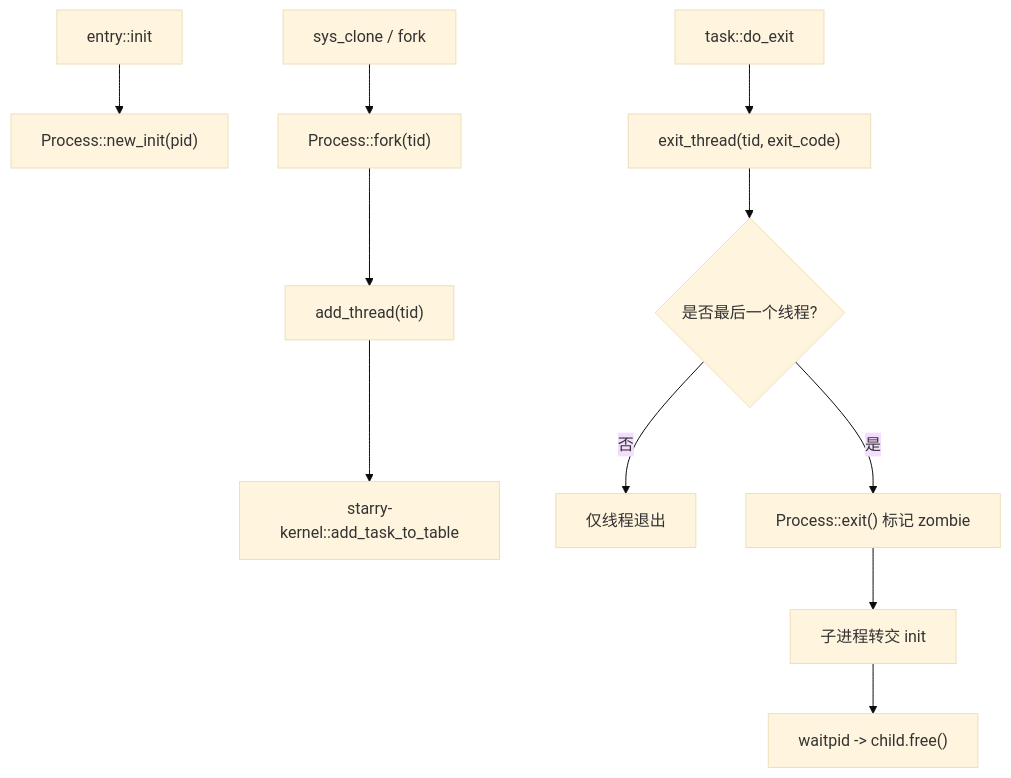
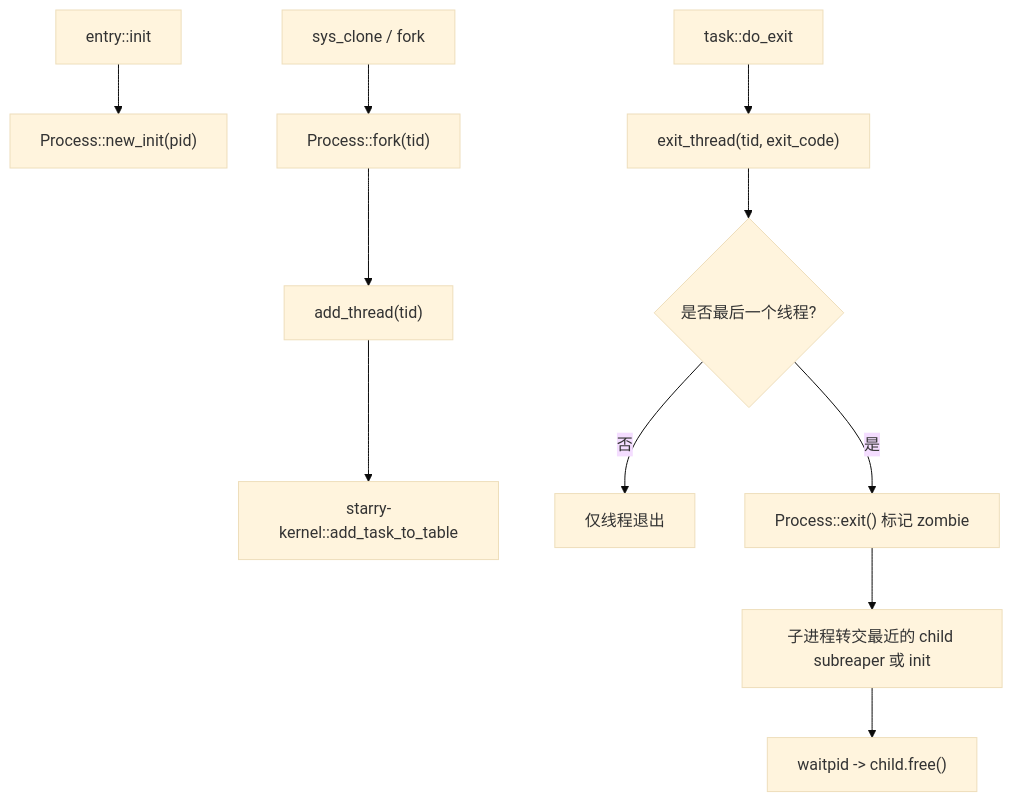
Before and after one commit to rcore-os/tgoskits: the second of 3 diagrams in docs/docs/components/crates/starry-process.md, drawn with Mermaid (base theme). The commit also changed other lines of this file and 7 other files, not shown here.

Commit message:
feat(starry-kernel): implement child subreaper

````diff
--- a/docs/docs/components/crates/starry-process.md
+++ b/docs/docs/components/crates/starry-process.md
@@ -49,13 +49,13 @@
 ```mermaid
 flowchart TD
     Init["entry::init"] --> NewInit["Process::new_init(pid)"]
     Clone["sys_clone / fork"] --> Fork["Process::fork(tid)"]
     Fork --> AddThread["add_thread(tid)"]
     AddThread --> Tables["starry-kernel::add_task_to_table"]
     Exit["task::do_exit"] --> ExitThread["exit_thread(tid, exit_code)"]
     ExitThread --> Last{"是否最后一个线程?"}
     Last -- 否 --> Return["仅线程退出"]
     Last -- 是 --> Zombie["Process::exit() 标记 zombie"]
-    Zombie --> Reparent["子进程转交 init"]
+    Zombie --> Reparent["子进程转交最近的 child subreaper 或 init"]
     Reparent --> Wait["waitpid -> child.free()"]
 ```
````
